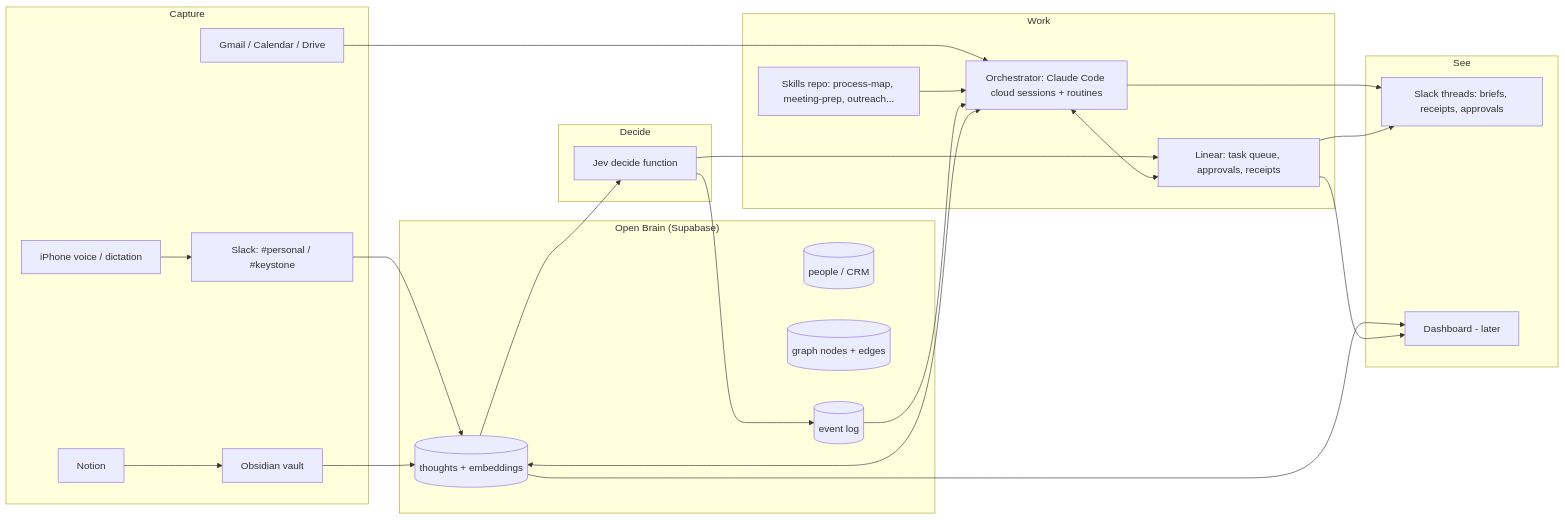
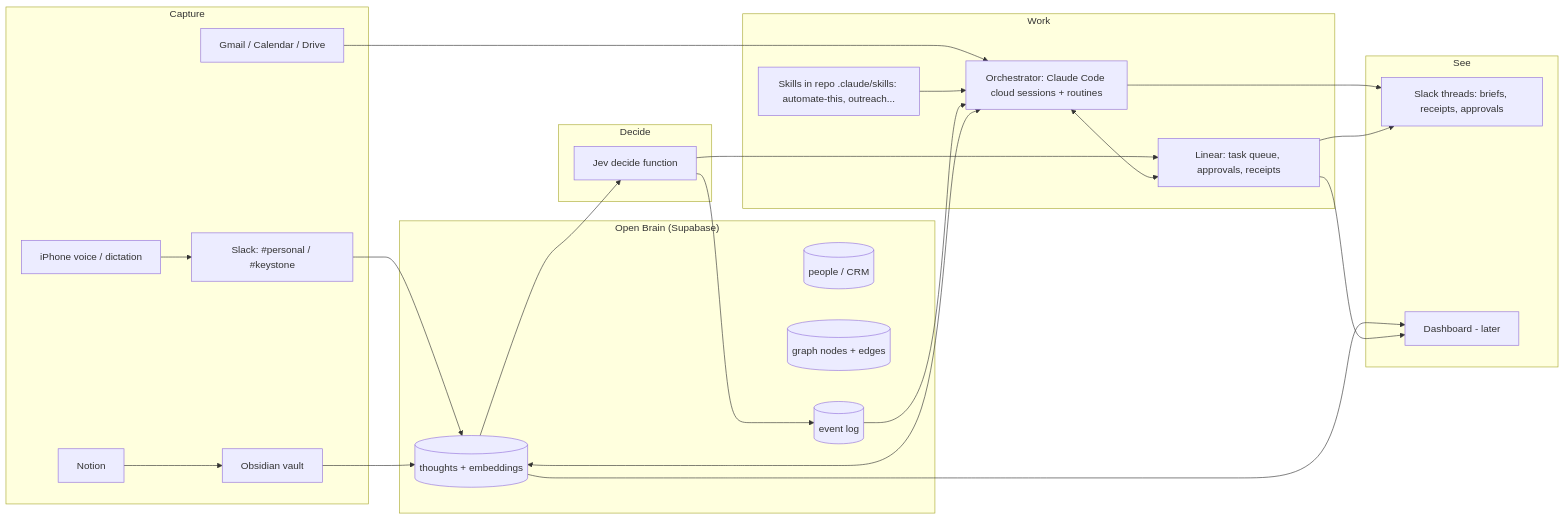
The diagram in docs/03-build-plan.md (davidabanker-git/Personal-OS), drawn with Mermaid before and after one commit. The commit also changed other lines of this file and 3 other files, not shown here.

First line of the commit message:
Move process-map to Keystone queue; add skills location, design principle, progress tracker

````diff
--- a/docs/03-build-plan.md
+++ b/docs/03-build-plan.md
@@ -17,42 +19,42 @@
 ```mermaid
 flowchart LR
   subgraph Capture
     SL[Slack: #personal / #keystone]
     VO[iPhone voice / dictation]
     NO[Notion]
     OB[Obsidian vault]
     GM[Gmail / Calendar / Drive]
   end
   subgraph Brain["Open Brain (Supabase)"]
     TH[(thoughts + embeddings)]
     PE[(people / CRM)]
     GR[(graph nodes + edges)]
     EV[(event log)]
   end
   subgraph Decide
     JV[Jev decide function]
   end
   subgraph Work
     LN[Linear: task queue, approvals, receipts]
     OR[Orchestrator: Claude Code cloud sessions + routines]
-    SK[Skills repo: process-map, meeting-prep, outreach...]
+    SK[Skills in repo .claude/skills: automate-this, outreach...]
   end
   subgraph See
     SLO[Slack threads: briefs, receipts, approvals]
     DB[Dashboard - later]
   end
   SL --> TH
   VO --> SL
   NO --> OB --> TH
   GM --> OR
   TH --> JV --> LN
   JV --> EV
   OR <--> TH
   OR <--> LN
   SK --> OR
   OR --> SLO
   LN --> SLO
   EV --> OR
   TH --> DB
   LN --> DB
 ```
````
